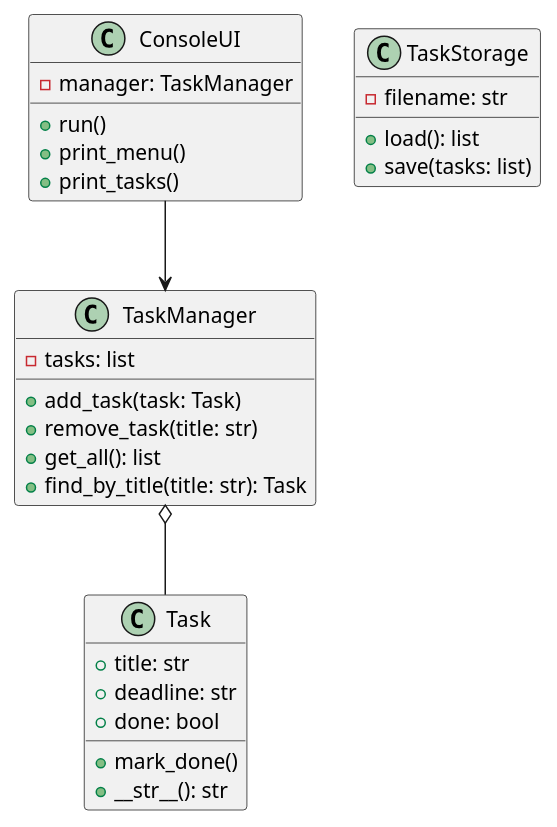
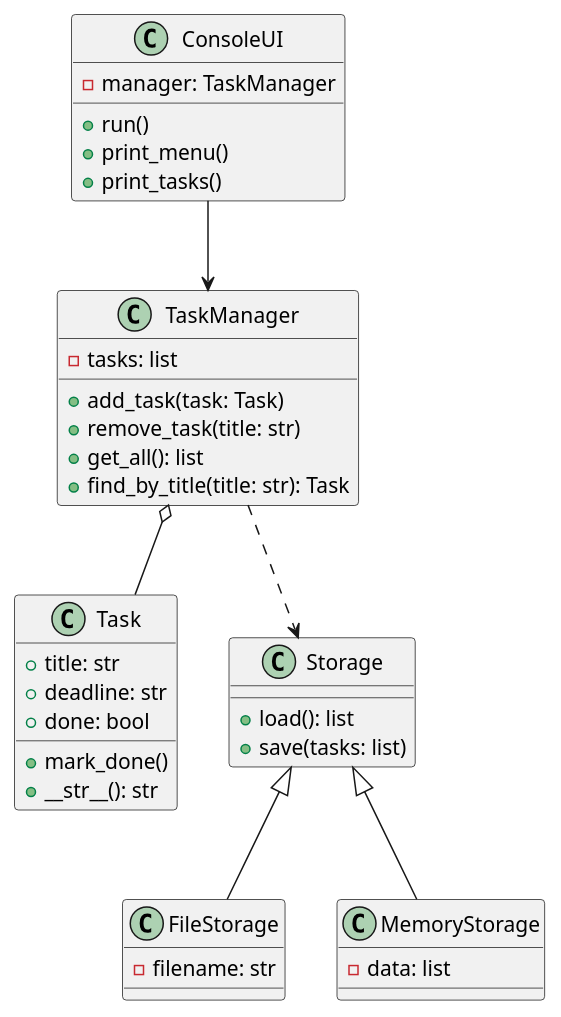
One commit to elviraajdabekova74-sketch/todo-app changed the diagram in docs/class_diagram.puml. Above: the diagram before and after it, drawn with PlantUML. The commit also changed 2 other files, not shown here.

Commit message:
Fix class diagram and update docs

```diff
--- a/docs/class_diagram.puml
+++ b/docs/class_diagram.puml
@@ -14,29 +1,37 @@
 @startuml
 class Task {
 +title: str
 +deadline: str
 +done: bool
 +mark_done()
 +__str__(): str
 }
 class TaskManager {
 -tasks: list
 +add_task(task: Task)
 +remove_task(title: str)
 +get_all(): list
 +find_by_title(title: str): Task
 }
-class TaskStorage {
--filename: str
-+load(): list
-+save(tasks: list)
-}
 class ConsoleUI {
 -manager: TaskManager
 +run()
 +print_menu()
 +print_tasks()
 }
+class Storage {
++load(): list
++save(tasks: list)
+}
+class FileStorage {
+-filename: str
+}
+class MemoryStorage {
+-data: list
+}
 ConsoleUI --> TaskManager
 TaskManager o-- Task
+TaskManager ..> Storage
+Storage <|-- FileStorage
+Storage <|-- MemoryStorage
 @enduml
```
